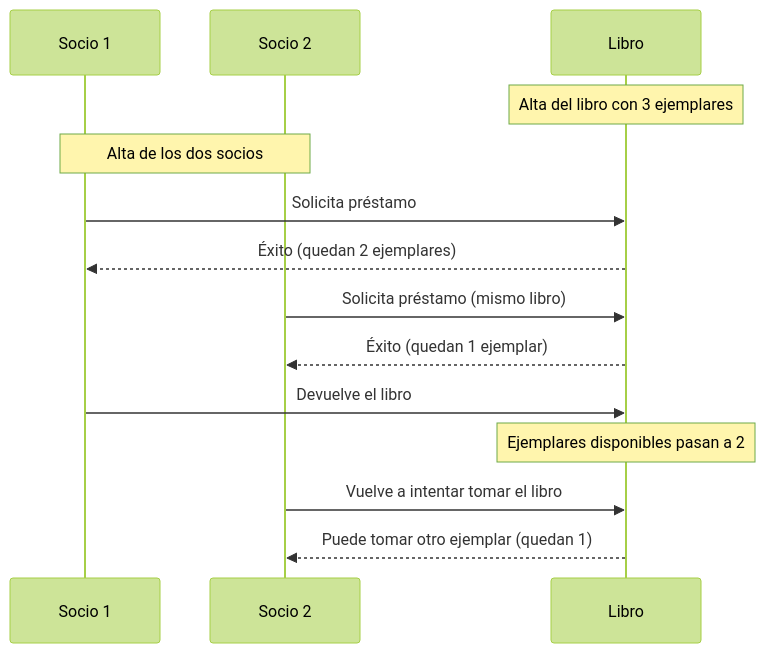
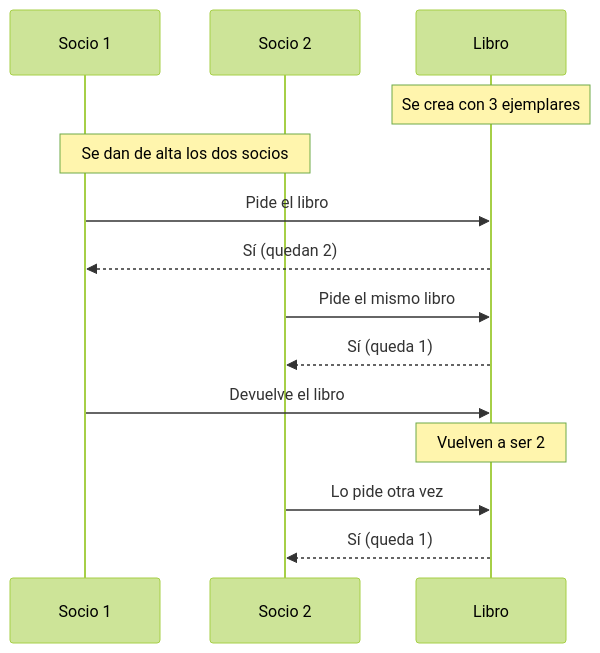
Before and after one commit to raulmoder2000-droid/CD_Tema2_Ejercicios: the second of 2 diagrams in 0101.md, drawn with Mermaid (forest theme). The commit also changed other lines of this file, not shown here.

````diff
--- a/0101.md
+++ b/0101.md
@@ -76,16 +68,16 @@
 ```mermaid
 sequenceDiagram
     participant S1 as Socio 1
     participant S2 as Socio 2
     participant L as Libro
-    Note over L: Alta del libro con 3 ejemplares
-    Note over S1,S2: Alta de los dos socios
-    S1->>L: Solicita préstamo
-    L-->>S1: Éxito (quedan 2 ejemplares)
-    S2->>L: Solicita préstamo (mismo libro)
-    L-->>S2: Éxito (quedan 1 ejemplar)
+    Note over L: Se crea con 3 ejemplares
+    Note over S1,S2: Se dan de alta los dos socios
+    S1->>L: Pide el libro
+    L-->>S1: Sí (quedan 2)
+    S2->>L: Pide el mismo libro
+    L-->>S2: Sí (queda 1)
     S1->>L: Devuelve el libro
-    Note over L: Ejemplares disponibles pasan a 2
-    S2->>L: Vuelve a intentar tomar el libro
-    L-->>S2: Puede tomar otro ejemplar (quedan 1)
+    Note over L: Vuelven a ser 2
+    S2->>L: Lo pide otra vez
+    L-->>S2: Sí (queda 1)
 ```
````
